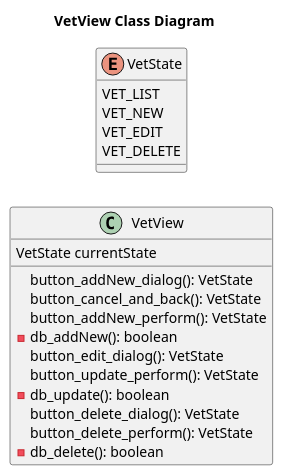
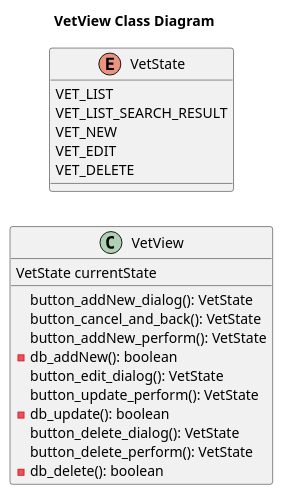
The diagram in puml/vet/VetView__Class.puml (Jakarta-EE-Petclinic/petclinic-uml), drawn with PlantUML before and after one commit. The commit also changed 1 other file, not shown here.

```diff
--- a/puml/vet/VetView__Class.puml
+++ b/puml/vet/VetView__Class.puml
@@ -1,30 +1,31 @@
 @startuml
 'https://plantuml.com/class-diagram
 
 title VetView Class Diagram
 
 left to right direction
 'top to bottom direction
 
 class VetView {
     VetState currentState
     button_addNew_dialog(): VetState
     button_cancel_and_back(): VetState
     button_addNew_perform(): VetState
     - db_addNew(): boolean
     button_edit_dialog(): VetState
     button_update_perform(): VetState
     - db_update(): boolean
     button_delete_dialog(): VetState
     button_delete_perform(): VetState
     - db_delete(): boolean
 }
 
 enum VetState {
     VET_LIST
+    VET_LIST_SEARCH_RESULT
     VET_NEW
     VET_EDIT
     VET_DELETE
 }
 
 @enduml
```
